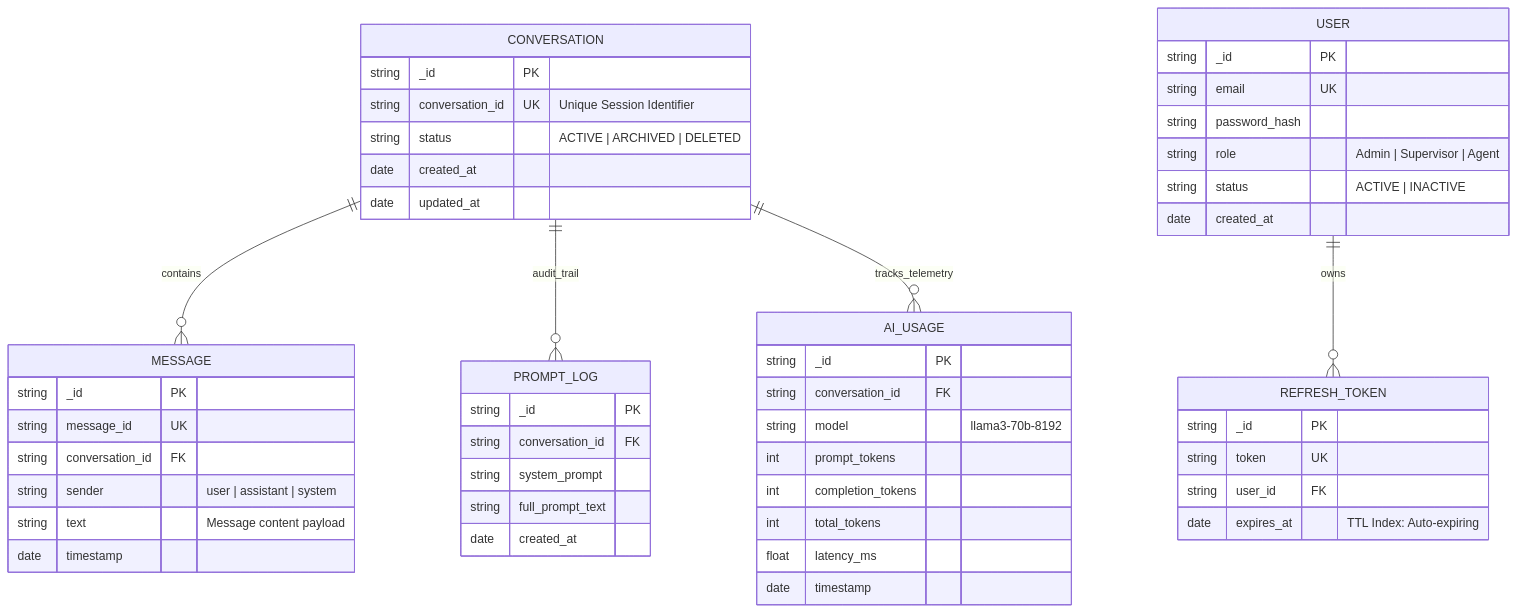
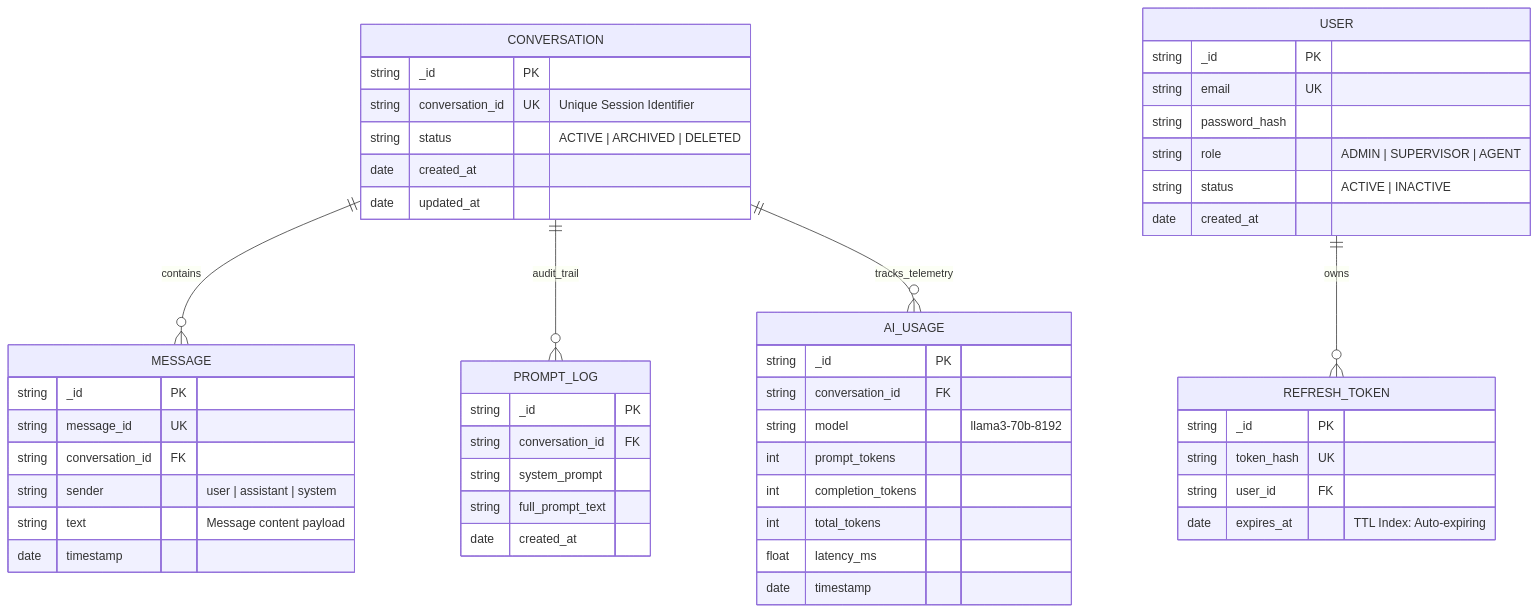
Before and after one commit to MaheshR04/Enterprise-CX-Guardian-AI: the sixth of 7 diagrams in docs/architecture.md, drawn with Mermaid. The commit also changed other lines of this file and 18 other files, not shown here.

````diff
--- a/docs/architecture.md
+++ b/docs/architecture.md
@@ -117,59 +173,59 @@
 ```mermaid
 erDiagram
     CONVERSATION ||--o{ MESSAGE : contains
     CONVERSATION ||--o{ PROMPT_LOG : audit_trail
     CONVERSATION ||--o{ AI_USAGE : tracks_telemetry
     USER ||--o{ REFRESH_TOKEN : owns
 
     CONVERSATION {
         string _id PK
         string conversation_id UK "Unique Session Identifier"
         string status "ACTIVE | ARCHIVED | DELETED"
         date created_at
         date updated_at
     }
 
     MESSAGE {
         string _id PK
         string message_id UK
         string conversation_id FK
         string sender "user | assistant | system"
         string text "Message content payload"
         date timestamp
     }
 
     PROMPT_LOG {
         string _id PK
         string conversation_id FK
         string system_prompt
         string full_prompt_text
         date created_at
     }
 
     AI_USAGE {
         string _id PK
         string conversation_id FK
         string model "llama3-70b-8192"
         int prompt_tokens
         int completion_tokens
         int total_tokens
         float latency_ms
         date timestamp
     }
 
     USER {
         string _id PK
         string email UK
         string password_hash
-        string role "Admin | Supervisor | Agent"
+        string role "ADMIN | SUPERVISOR | AGENT"
         string status "ACTIVE | INACTIVE"
         date created_at
     }
 
     REFRESH_TOKEN {
         string _id PK
-        string token UK
+        string token_hash UK
         string user_id FK
         date expires_at "TTL Index: Auto-expiring"
     }
 ```
````
